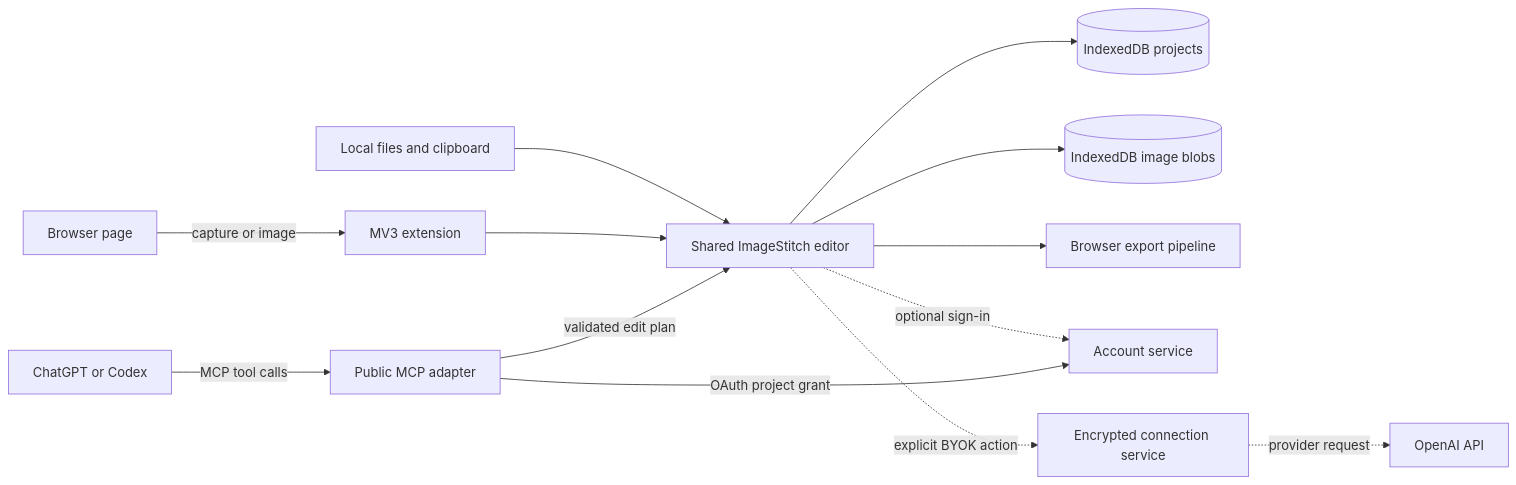
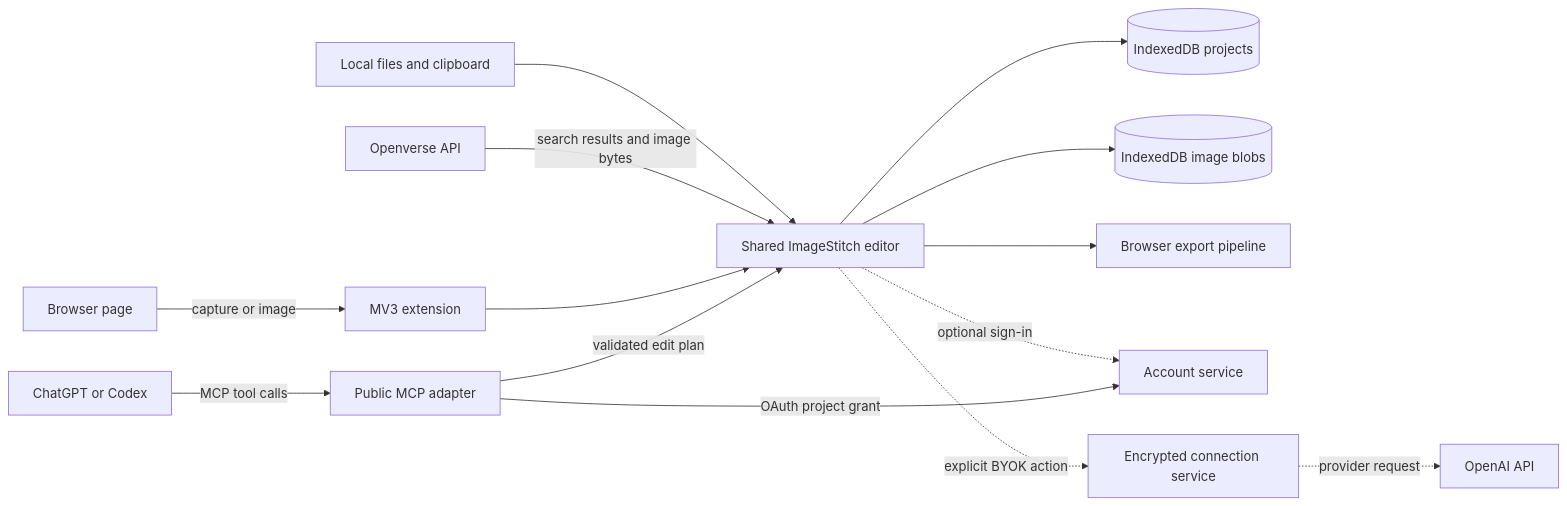
The first of 2 diagrams in docs/ARCHITECTURE.md (Wiplash-ai/image-stitch), drawn with Mermaid before and after one commit. The commit also changed other lines of this file and 19 other files, not shown here.

Commit message:
feat: expand creative tools and open image search

````diff
--- a/docs/ARCHITECTURE.md
+++ b/docs/ARCHITECTURE.md
@@ -16,15 +16,16 @@
 ```mermaid
 flowchart LR
   Browser[Browser page] -->|capture or image| Extension[MV3 extension]
   Upload[Local files and clipboard] --> Editor
+  Openverse[Openverse API] -->|search results and image bytes| Editor
   Extension --> Editor[Shared ImageStitch editor]
   Editor --> ProjectStore[(IndexedDB projects)]
   Editor --> AssetStore[(IndexedDB image blobs)]
   Editor --> Exporter[Browser export pipeline]
   Editor -. optional sign-in .-> Identity[Account service]
   ChatGPT[ChatGPT or Codex] -->|MCP tool calls| MCP[Public MCP adapter]
   MCP -->|OAuth project grant| Identity
   MCP -->|validated edit plan| Editor
   Editor -. explicit BYOK action .-> Vault[Encrypted connection service]
   Vault -. provider request .-> OpenAI[OpenAI API]
 ```
````
